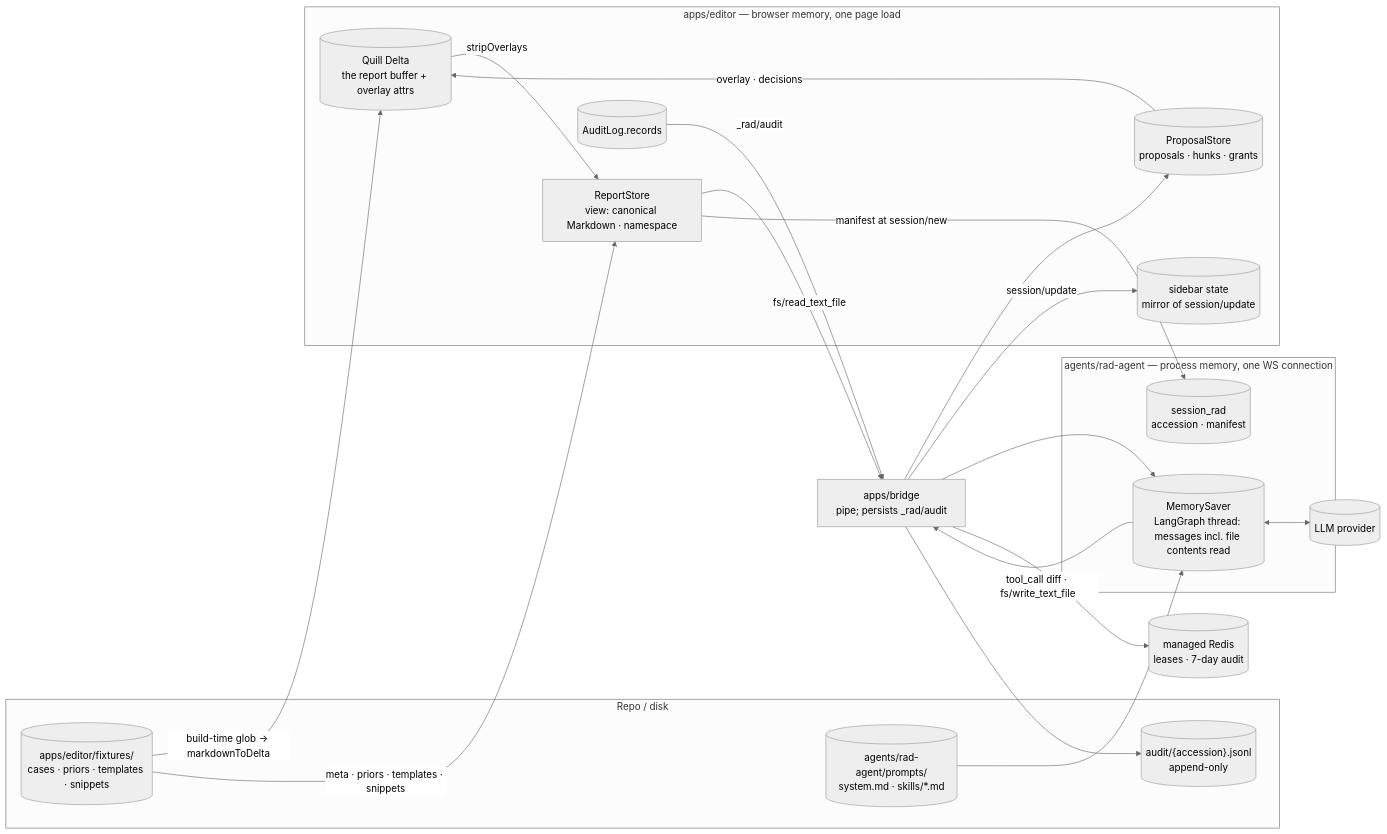
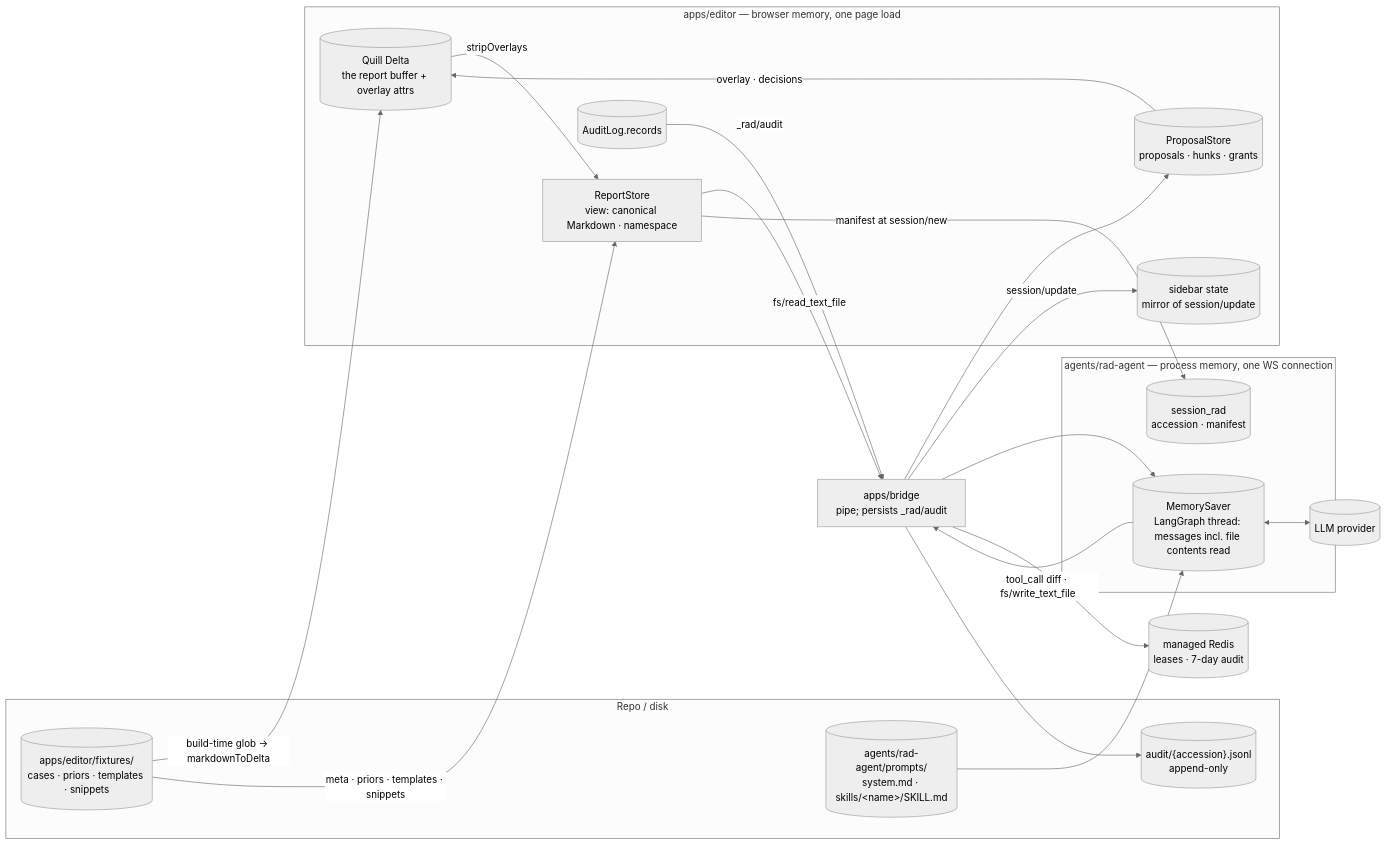
The first of 4 diagrams in docs/design/05-data-architecture.md (Lightbridge-KS/acp-rad-demo), drawn with Mermaid (neutral theme) before and after one commit. The commit also changed other lines of this file and 10 other files, not shown here.

````diff
--- a/docs/design/05-data-architecture.md
+++ b/docs/design/05-data-architecture.md
@@ -28,37 +28,37 @@
 ```mermaid
 flowchart LR
     subgraph disk["Repo / disk"]
         fx[("apps/editor/fixtures/<br/>cases · priors · templates · snippets")]
-        prompts[("agents/rad-agent/prompts/<br/>system.md · skills/*.md")]
+        prompts[("agents/rad-agent/prompts/<br/>system.md · skills/&lt;name&gt;/SKILL.md")]
         auditf[("audit/{accession}.jsonl<br/>append-only")]
     end
     subgraph browser["apps/editor — browser memory, one page load"]
         quill[("Quill Delta<br/>the report buffer + overlay attrs")]
         rs["ReportStore<br/>view: canonical Markdown · namespace"]
         ps[("ProposalStore<br/>proposals · hunks · grants")]
         sb[("sidebar state<br/>mirror of session/update")]
         al[("AuditLog.records")]
     end
     redis[("managed Redis<br/>leases · 7-day audit")]
     bridge["apps/bridge<br/>pipe; persists _rad/audit"]
     subgraph agent["agents/rad-agent — process memory, one WS connection"]
         sr[("session_rad<br/>accession · manifest")]
         ms[("MemorySaver<br/>LangGraph thread: messages incl. file contents read")]
     end
     llm[("LLM provider")]
     fx -->|"build-time glob → markdownToDelta"| quill
     fx -->|"meta · priors · templates · snippets"| rs
     quill -->|"stripOverlays"| rs
     rs -->|"fs/read_text_file"| bridge
     bridge --> ms
     ms <--> llm
     ms -->|"tool_call diff · fs/write_text_file"| bridge
     bridge --> ps
     ps -->|"overlay · decisions"| quill
     bridge -->|"session/update"| sb
     al -->|"_rad/audit"| bridge
     bridge --> auditf
     bridge --> redis
     prompts --> ms
     rs -->|"manifest at session/new"| sr
 ```
````
